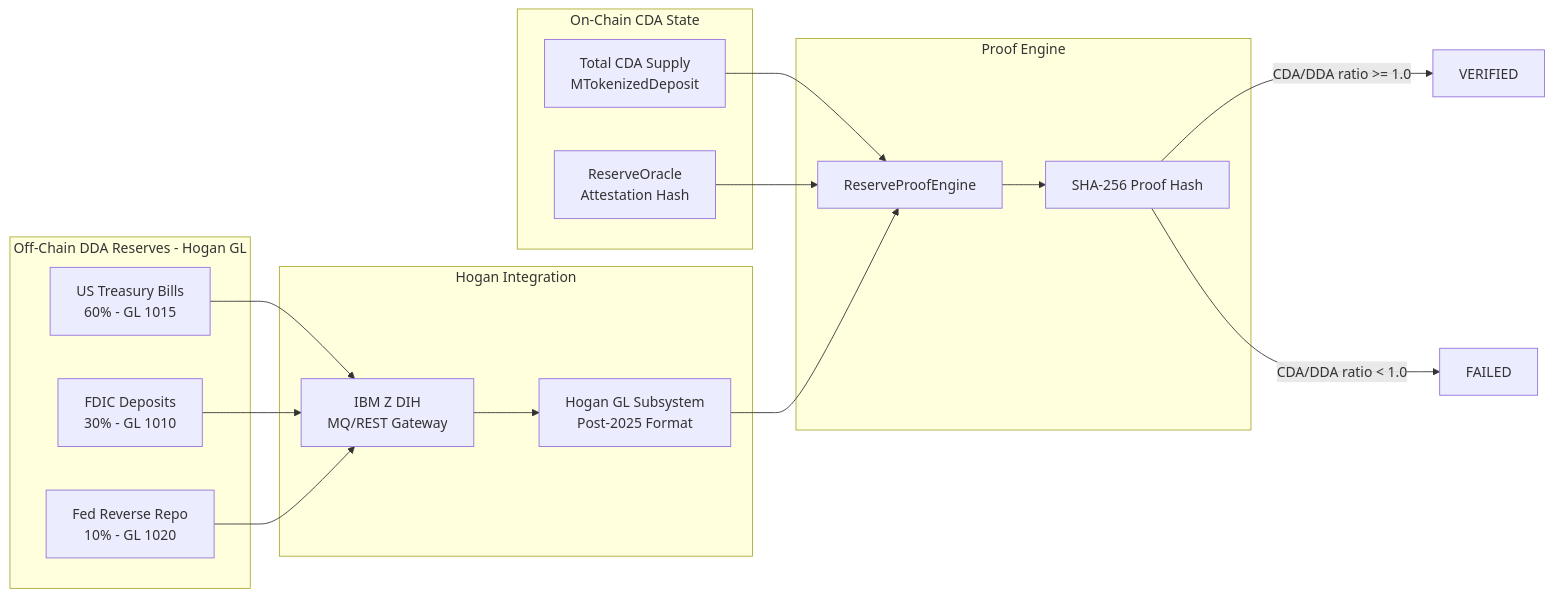
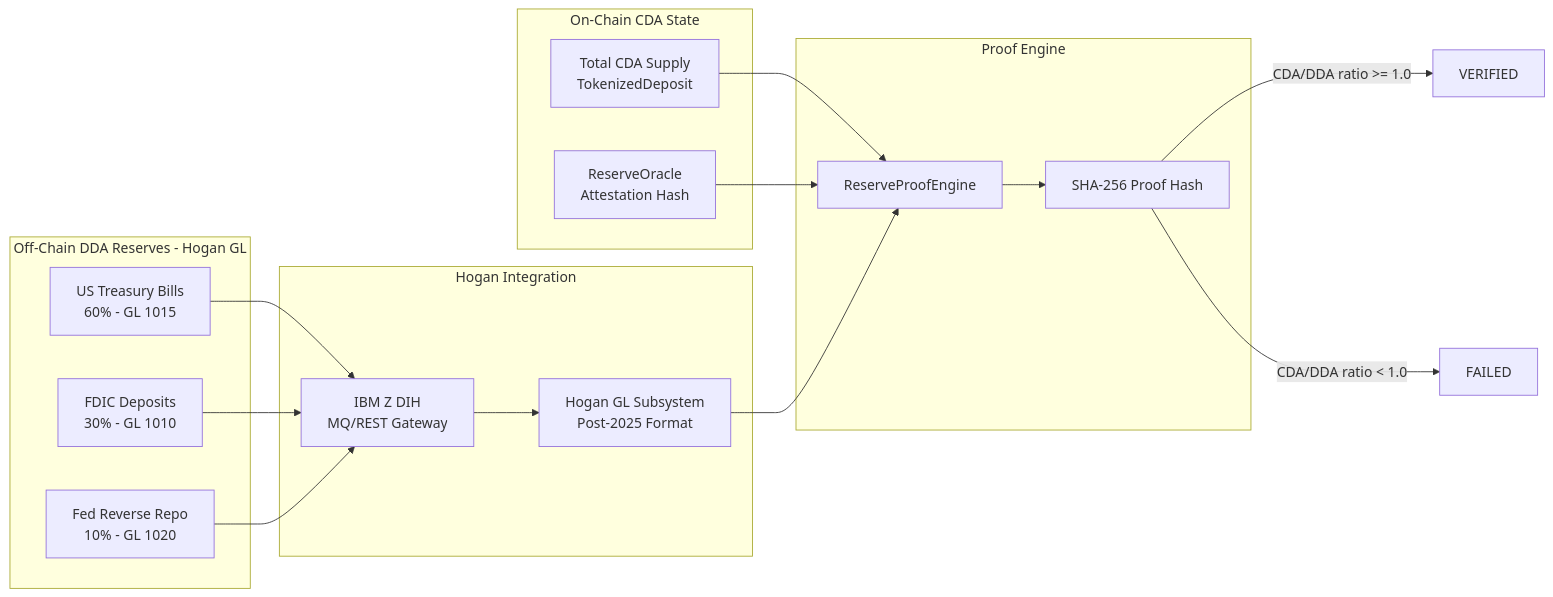
Before and after one commit to jnodes/tokenized-deposits: the fifth of 5 diagrams in artifacts/architecture_diagrams.md, drawn with Mermaid. The commit also changed other lines of this file and 160 other files, not shown here.

````diff
--- a/artifacts/architecture_diagrams.md
+++ b/artifacts/architecture_diagrams.md
@@ -184,35 +184,35 @@
 ```mermaid
 graph LR
     subgraph "On-Chain CDA State"
-        Supply[Total CDA Supply<br/>MTokenizedDeposit]
+        Supply[Total CDA Supply<br/>TokenizedDeposit]
         Oracle[ReserveOracle<br/>Attestation Hash]
     end
 
     subgraph "Off-Chain DDA Reserves - Hogan GL"
         TB["US Treasury Bills<br/>60% - GL 1015"]
         FDIC["FDIC Deposits<br/>30% - GL 1010"]
         RRP["Fed Reverse Repo<br/>10% - GL 1020"]
     end
 
     subgraph "Proof Engine"
         PE[ReserveProofEngine]
         Hash[SHA-256 Proof Hash]
     end
 
     subgraph "Hogan Integration"
         ZDIH["IBM Z DIH<br/>MQ/REST Gateway"]
         HOGAN["Hogan GL Subsystem<br/>Post-2025 Format"]
     end
 
     Supply --> PE
     Oracle --> PE
     TB --> ZDIH
     FDIC --> ZDIH
     RRP --> ZDIH
     ZDIH --> HOGAN
     HOGAN --> PE
     PE --> Hash
 
     Hash --> |"CDA/DDA ratio >= 1.0"| Verified["VERIFIED"]
     Hash --> |"CDA/DDA ratio < 1.0"| Failed["FAILED"]
 ```
````
